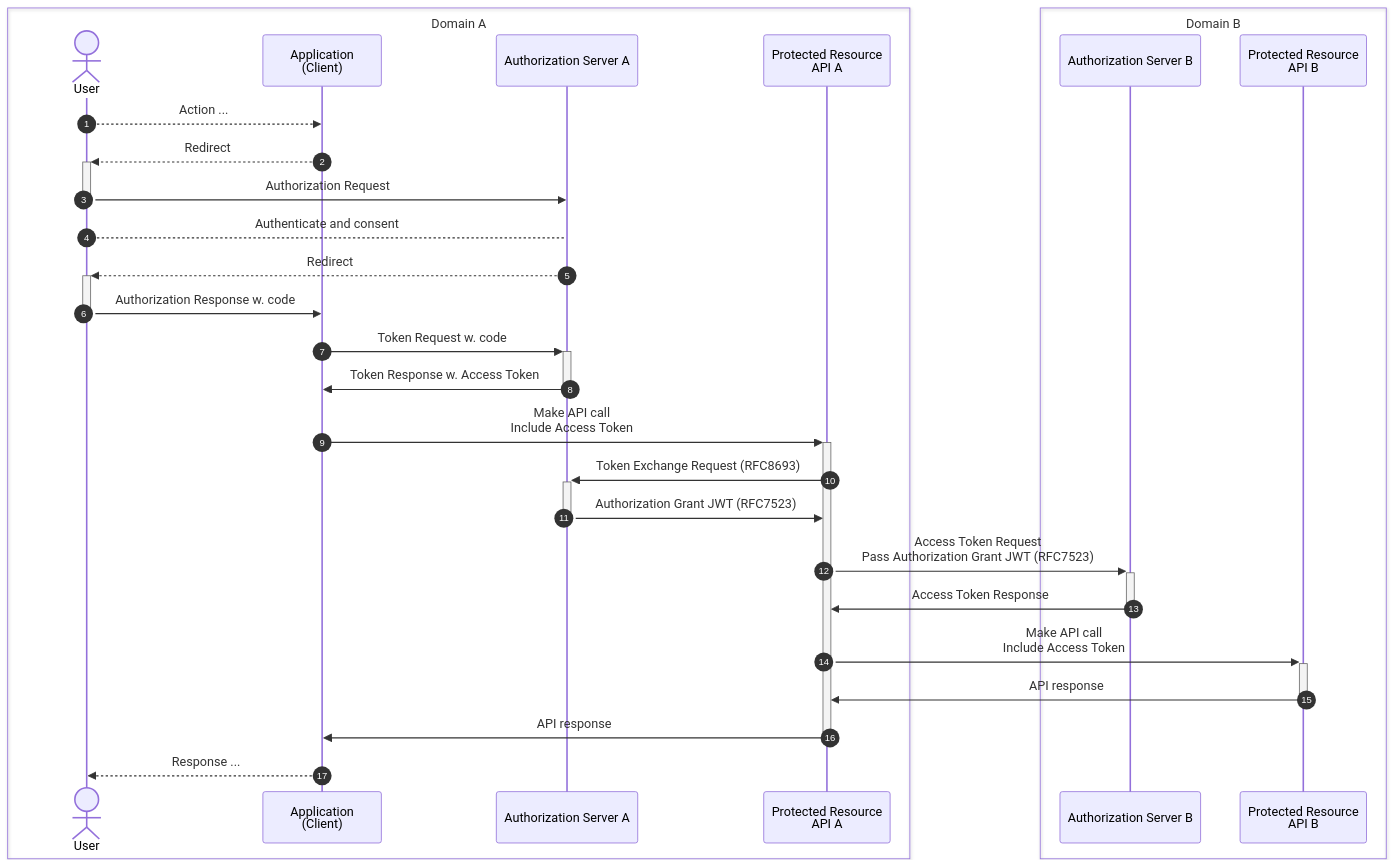
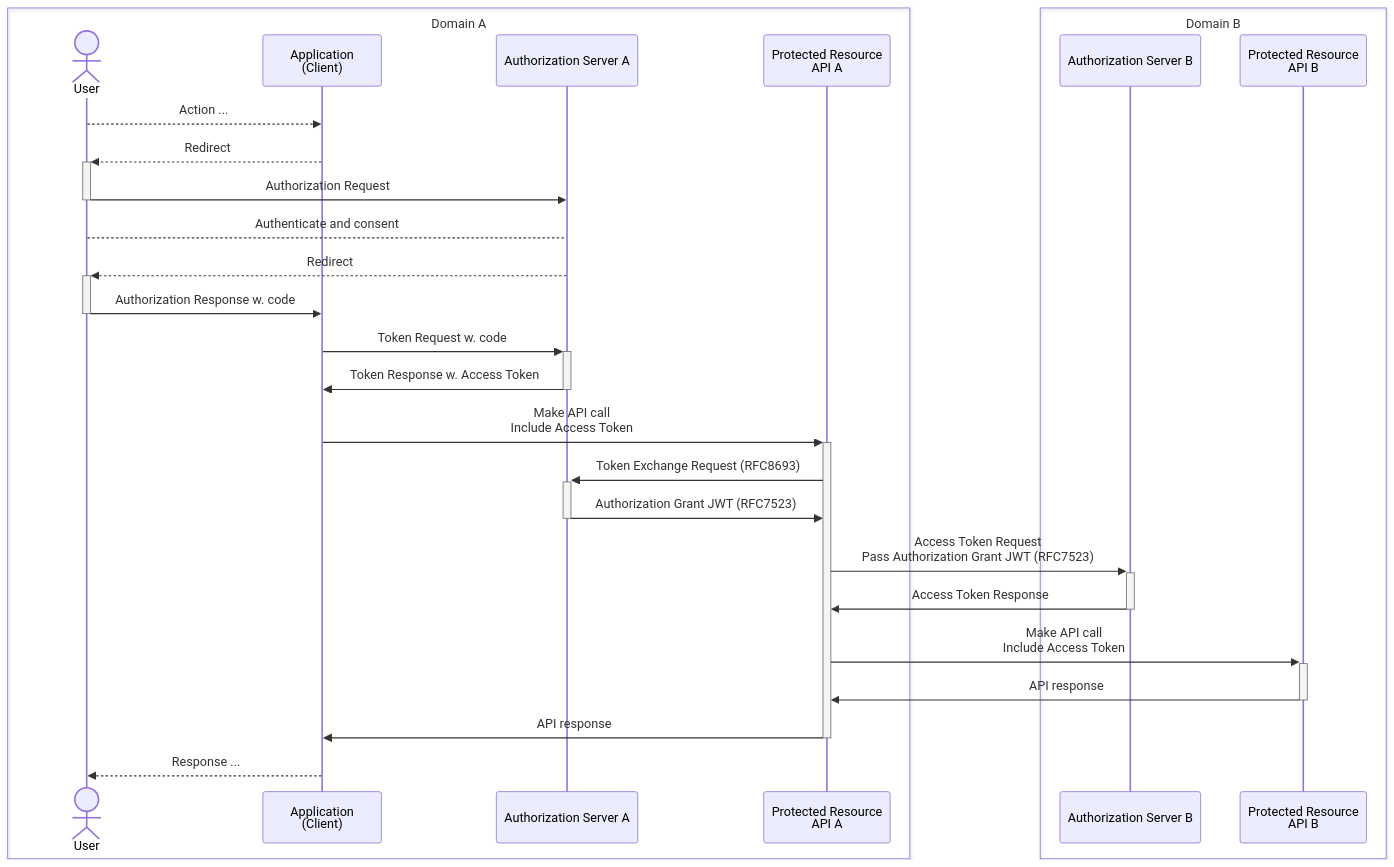
The third of 3 diagrams in ena-oauth2-chaining.md (ena-infrastructure/specifications), drawn with Mermaid before and after one commit. The commit also changed other lines of this file, not shown here.

````diff
--- a/ena-oauth2-chaining.md
+++ b/ena-oauth2-chaining.md
@@ -515,44 +548,43 @@
 ```mermaid
 sequenceDiagram
-autonumber
     
     box Domain A
         actor User as User
         participant Service as Application<br/>(Client)
         participant AsA as Authorization Server A
         participant ApiA as Protected Resource<br/>API A
     end
 
     box Domain B
         participant AsB as Authorization Server B
         participant ApiB as Protected Resource<br/>API B
     end
 
     User-->>Service: Action ...
 
     Service-->>+User: Redirect
     User->>-AsA: Authorization Request
 
     User-->AsA: Authenticate and consent
 
     AsA-->>+User: Redirect
     User->>-Service: Authorization Response w. code
 
     Service->>+AsA: Token Request w. code
     AsA->>-Service: Token Response w. Access Token
 
     Service->>+ApiA: Make API call<br/>Include Access Token
 
     ApiA->>+AsA: Token Exchange Request (RFC8693)
     AsA->>-ApiA: Authorization Grant JWT (RFC7523)
 
-    ApiA->>+AsB: Access Token Request<br />Pass Authorization Grant JWT (RFC7523)
+    ApiA->>+AsB: Access Token Request<br/>Pass Authorization Grant JWT (RFC7523)
     AsB->>-ApiA: Access Token Response
 
-    ApiA->>+ApiB: Make API call<br />Include Access Token
+    ApiA->>+ApiB: Make API call<br/>Include Access Token
     ApiB->>-ApiA: API response
 
     ApiA->>-Service: API response
 
     Service-->>User: Response ...
 ```
````
